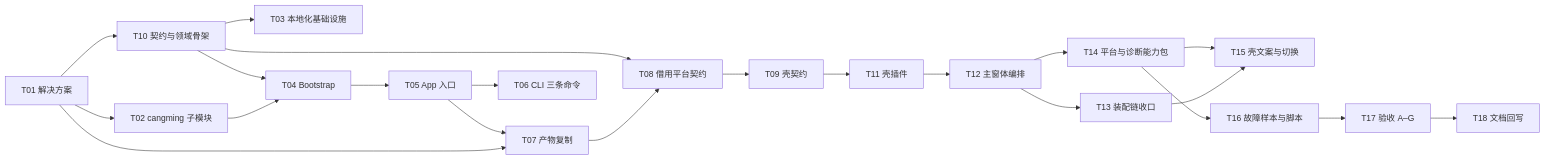
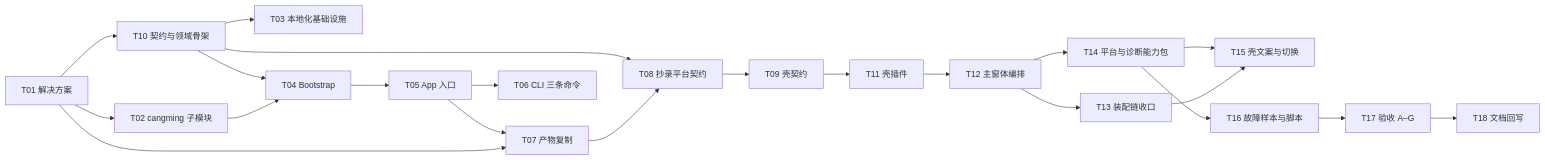
One commit to xknife-erian/ImageLyre changed the diagram in docs/plans/lukan/PLAN-0001-M1-插件骨架实施.md. Above: the diagram before and after it, drawn with Mermaid. The commit also changed other lines of this file and 3 other files, not shown here.

````diff
--- a/docs/plans/lukan/PLAN-0001-M1-插件骨架实施.md
+++ b/docs/plans/lukan/PLAN-0001-M1-插件骨架实施.md
@@ -50,24 +51,24 @@
 ```mermaid
 flowchart LR
     T01["T01 解决方案"] --> T02["T02 cangming 子模块"]
     T01 --> T10["T10 契约与领域骨架"]
     T01 --> T07["T07 产物复制"]
     T10 --> T03["T03 本地化基础设施"]
     T02 --> T04["T04 Bootstrap"]
     T10 --> T04
     T04 --> T05["T05 App 入口"]
     T05 --> T06["T06 CLI 三条命令"]
     T05 --> T07
-    T07 --> T08["T08 借用平台契约"]
+    T07 --> T08["T08 抄录平台契约"]
     T10 --> T08
     T08 --> T09["T09 壳契约"]
     T09 --> T11["T11 壳插件"]
     T11 --> T12["T12 主窗体编排"]
     T12 --> T13["T13 装配链收口"]
     T12 --> T14["T14 平台与诊断能力包"]
     T13 --> T15["T15 壳文案与切换"]
     T14 --> T15
     T14 --> T16["T16 故障样本与脚本"]
     T16 --> T17["T17 验收 A–G"]
     T17 --> T18["T18 文档回写"]
 ```
````
